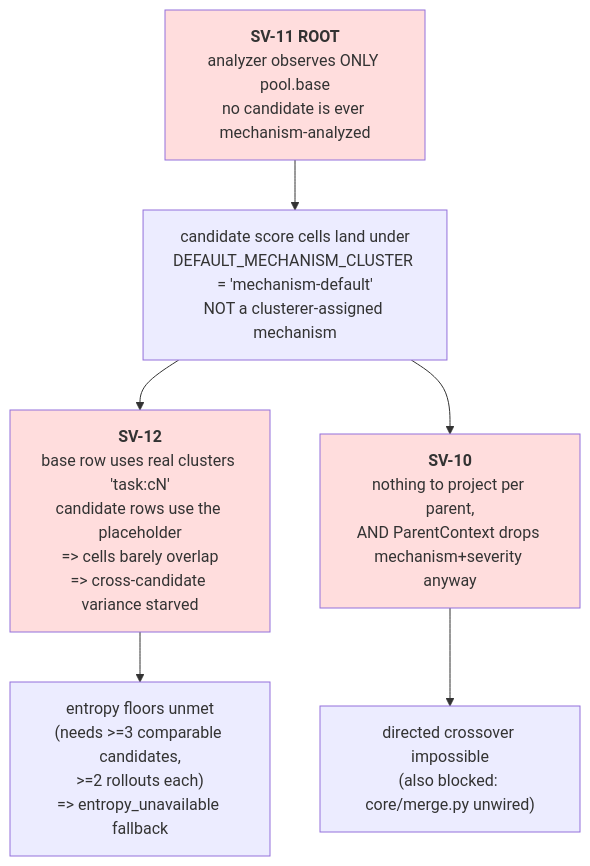
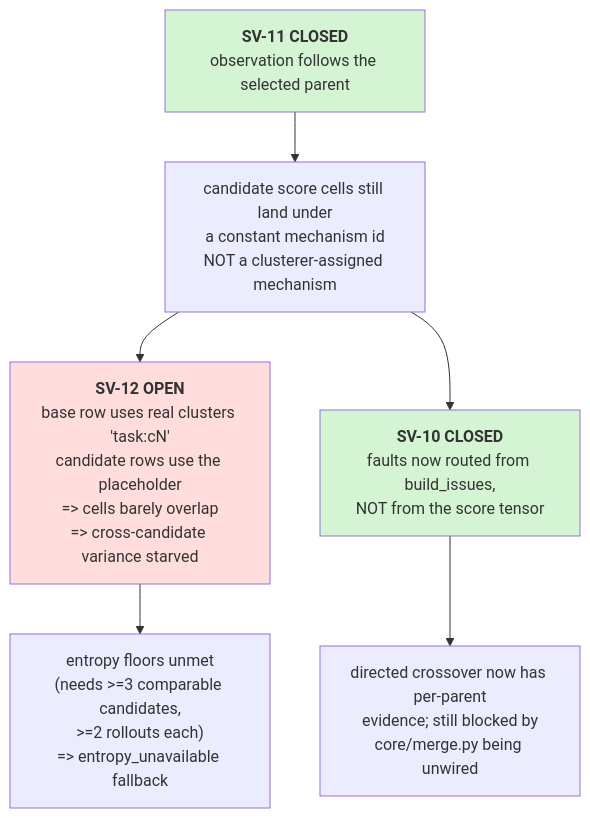
The second of 2 diagrams in docs/SEVERE-OPEN-ISSUES.md (one-little-step/AgentEvolve), drawn with Mermaid before and after one commit. The commit also changed other lines of this file and 65 other files, not shown here.

````diff
--- a/docs/SEVERE-OPEN-ISSUES.md
+++ b/docs/SEVERE-OPEN-ISSUES.md
@@ -871,13 +1015,13 @@
 ```mermaid
 flowchart TB
-    R["<b>SV-11 ROOT</b><br/>analyzer observes ONLY pool.base<br/>no candidate is ever mechanism-analyzed"]
-    R --> C1["candidate score cells land under<br/>DEFAULT_MECHANISM_CLUSTER = 'mechanism-default'<br/>NOT a clusterer-assigned mechanism"]
-    C1 --> C2["<b>SV-12</b><br/>base row uses real clusters 'task:cN'<br/>candidate rows use the placeholder<br/>=> cells barely overlap<br/>=> cross-candidate variance starved"]
-    C1 --> C3["<b>SV-10</b><br/>nothing to project per parent,<br/>AND ParentContext drops mechanism+severity anyway"]
+    R["<b>SV-11 CLOSED</b><br/>observation follows the selected parent"]
+    R --> C1["candidate score cells still land under<br/>a constant mechanism id<br/>NOT a clusterer-assigned mechanism"]
+    C1 --> C2["<b>SV-12 OPEN</b><br/>base row uses real clusters 'task:cN'<br/>candidate rows use the placeholder<br/>=> cells barely overlap<br/>=> cross-candidate variance starved"]
+    C1 --> C3["<b>SV-10 CLOSED</b><br/>faults now routed from build_issues,<br/>NOT from the score tensor"]
     C2 --> X["entropy floors unmet<br/>(needs &gt;=3 comparable candidates,<br/>&gt;=2 rollouts each)<br/>=> entropy_unavailable fallback"]
-    C3 --> Y["directed crossover impossible<br/>(also blocked: core/merge.py unwired)"]
+    C3 --> Y["directed crossover now has per-parent<br/>evidence; still blocked by<br/>core/merge.py being unwired"]
 
-    style R fill:#ffdddd
+    style R fill:#d4f4d4
+    style C3 fill:#d4f4d4
     style C2 fill:#ffdddd
-    style C3 fill:#ffdddd
 ```
````
